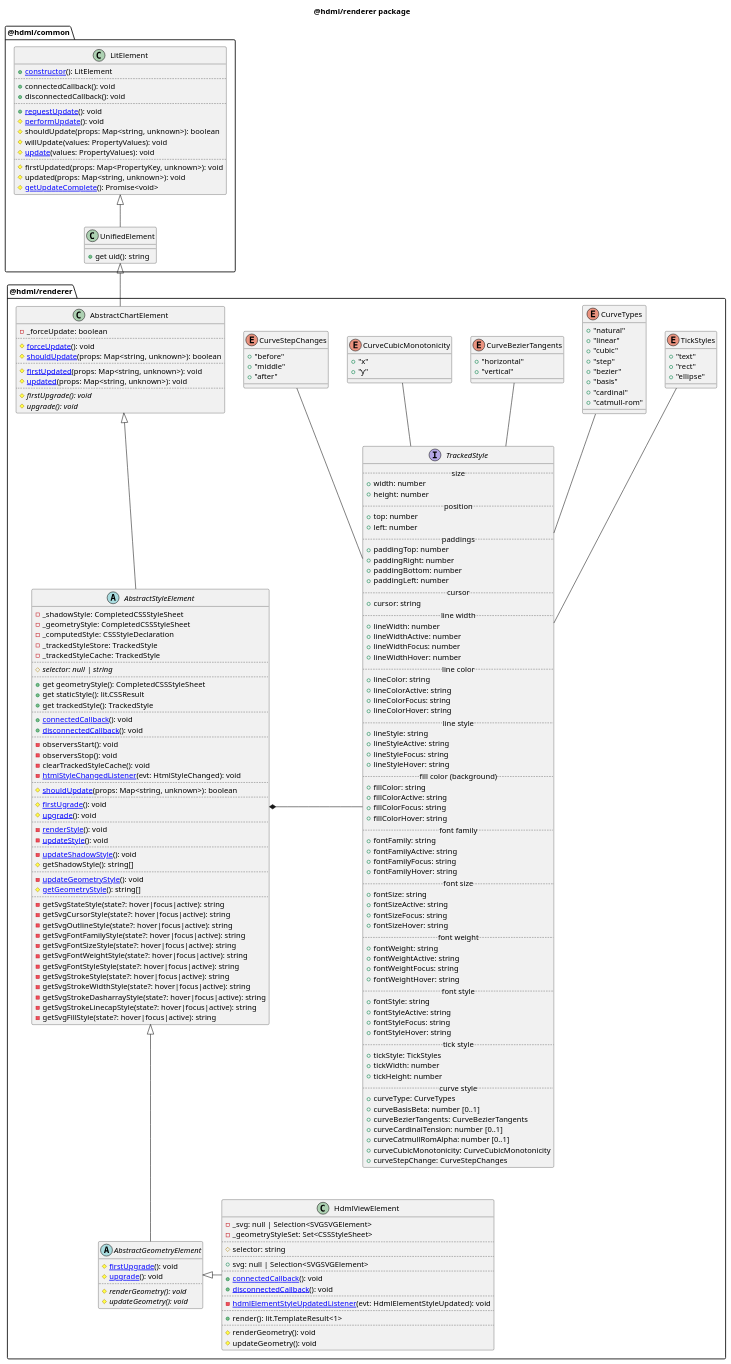
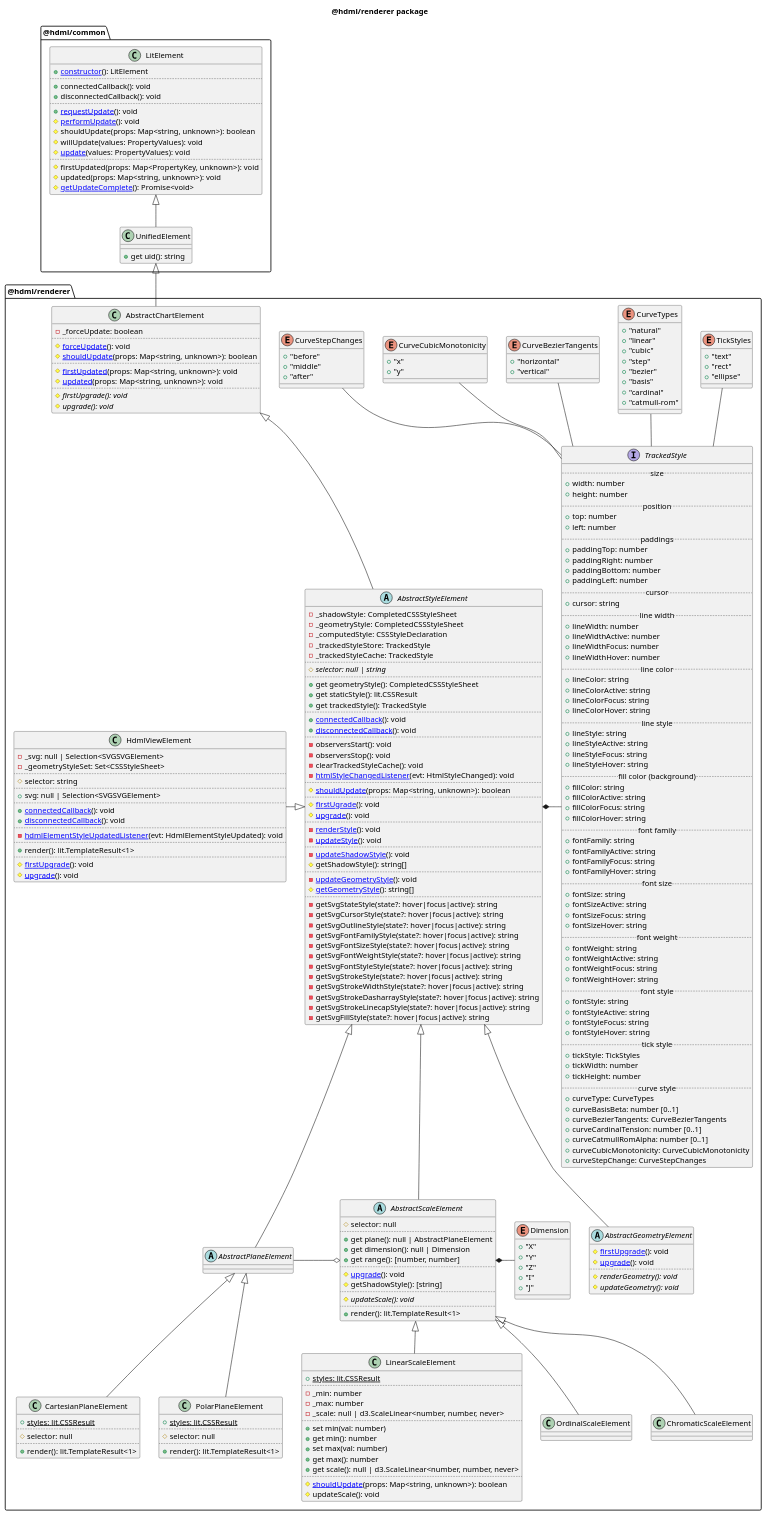
One commit to hdml-github/hdml-github.github.io changed the first of 30 diagrams in puml/renderer.puml. Above: the diagram before and after it, drawn with PlantUML. The commit also changed other lines of this file and 6 other files, not shown here.

```diff
--- a/puml/renderer.puml
+++ b/puml/renderer.puml
@@ -196,15 +196,6 @@
     AbstractChartElement <|-- AbstractStyleElement
     AbstractStyleElement *- TrackedStyle
 
-    abstract class AbstractGeometryElement {
-      #[[./AbstractGeometryElement_firstUpgrade.svg firstUpgrade]](): void
-      #[[./AbstractGeometryElement_upgrade.svg upgrade]](): void
-      ..
-      #{abstract} renderGeometry(): void
-      #{abstract} updateGeometry(): void
-    }
-    AbstractStyleElement <|-- AbstractGeometryElement
-
     class HdmlViewElement {
       -_svg: null | Selection<SVGSVGElement>
       -_geometryStyleSet: Set<CSSStyleSheet>
@@ -220,9 +211,89 @@
       ..
       +render(): lit.TemplateResult<1>
       ..
-      #renderGeometry(): void
-      #updateGeometry(): void
+      #[[./HdmlViewElement_firstUpgrade.svg firstUpgrade]](): void
+      #[[./HdmlViewElement_upgrade.svg upgrade]](): void
     }
-    AbstractGeometryElement <|- HdmlViewElement
+    HdmlViewElement -|> AbstractStyleElement
+
+    abstract class AbstractPlaneElement
+    AbstractStyleElement <|-- AbstractPlaneElement
+
+    class CartesianPlaneElement {
+      +{static} styles: lit.CSSResult
+      ..
+      #selector: null
+      ..
+      +render(): lit.TemplateResult<1>
+    }
+    AbstractPlaneElement <|-- CartesianPlaneElement
+
+    class PolarPlaneElement {
+      +{static} styles: lit.CSSResult
+      ..
+      #selector: null
+      ..
+      +render(): lit.TemplateResult<1>
+    }
+    AbstractPlaneElement <|-- PolarPlaneElement
+
+    abstract class AbstractScaleElement {
+      #selector: null
+      ..
+      +get plane(): null | AbstractPlaneElement
+      +get dimension(): null | Dimension
+      +get range(): [number, number]
+      ..
+      #[[./AbstractScaleElement_upgrade.svg upgrade]](): void
+      #getShadowStyle(): [string]
+      ..
+      #{abstract} updateScale(): void
+      ..
+      +render(): lit.TemplateResult<1>
+    }
+    AbstractStyleElement <|-- AbstractScaleElement
+    AbstractPlaneElement -o AbstractScaleElement
+
+    enum Dimension {
+      +"X"
+      +"Y"
+      +"Z"
+      +"I"
+      +"J"
+    }
+    AbstractScaleElement *- Dimension
+
+    class LinearScaleElement {
+      +{static} styles: lit.CSSResult
+      ..
+      -_min: number
+      -_max: number
+      -_scale: null | d3.ScaleLinear<number, number, never>
+      ..
+      +set min(val: number)
+      +get min(): number
+      +set max(val: number)
+      +get max(): number
+      +get scale(): null | d3.ScaleLinear<number, number, never>
+      ..
+      #[[./LinearScaleElement_shouldUpdate.svg shouldUpdate]](props: Map<string, unknown>): boolean
+      #updateScale(): void
+    }
+    AbstractScaleElement <|-- LinearScaleElement
+
+    class OrdinalScaleElement
+    AbstractScaleElement <|-- OrdinalScaleElement
+
+    class ChromaticScaleElement
+    AbstractScaleElement <|-- ChromaticScaleElement
+
+    abstract class AbstractGeometryElement {
+      #[[./AbstractGeometryElement_firstUpgrade.svg firstUpgrade]](): void
+      #[[./AbstractGeometryElement_upgrade.svg upgrade]](): void
+      ..
+      #{abstract} renderGeometry(): void
+      #{abstract} updateGeometry(): void
+    }
+    AbstractStyleElement <|-- AbstractGeometryElement
   }
 @enduml
```
